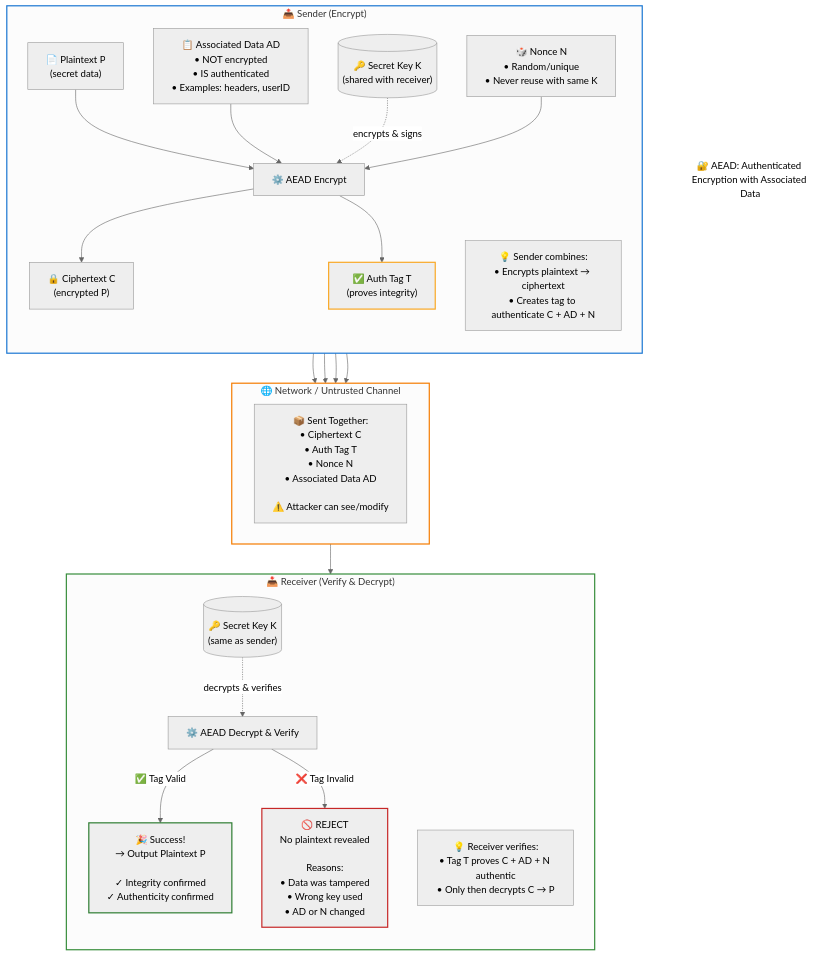
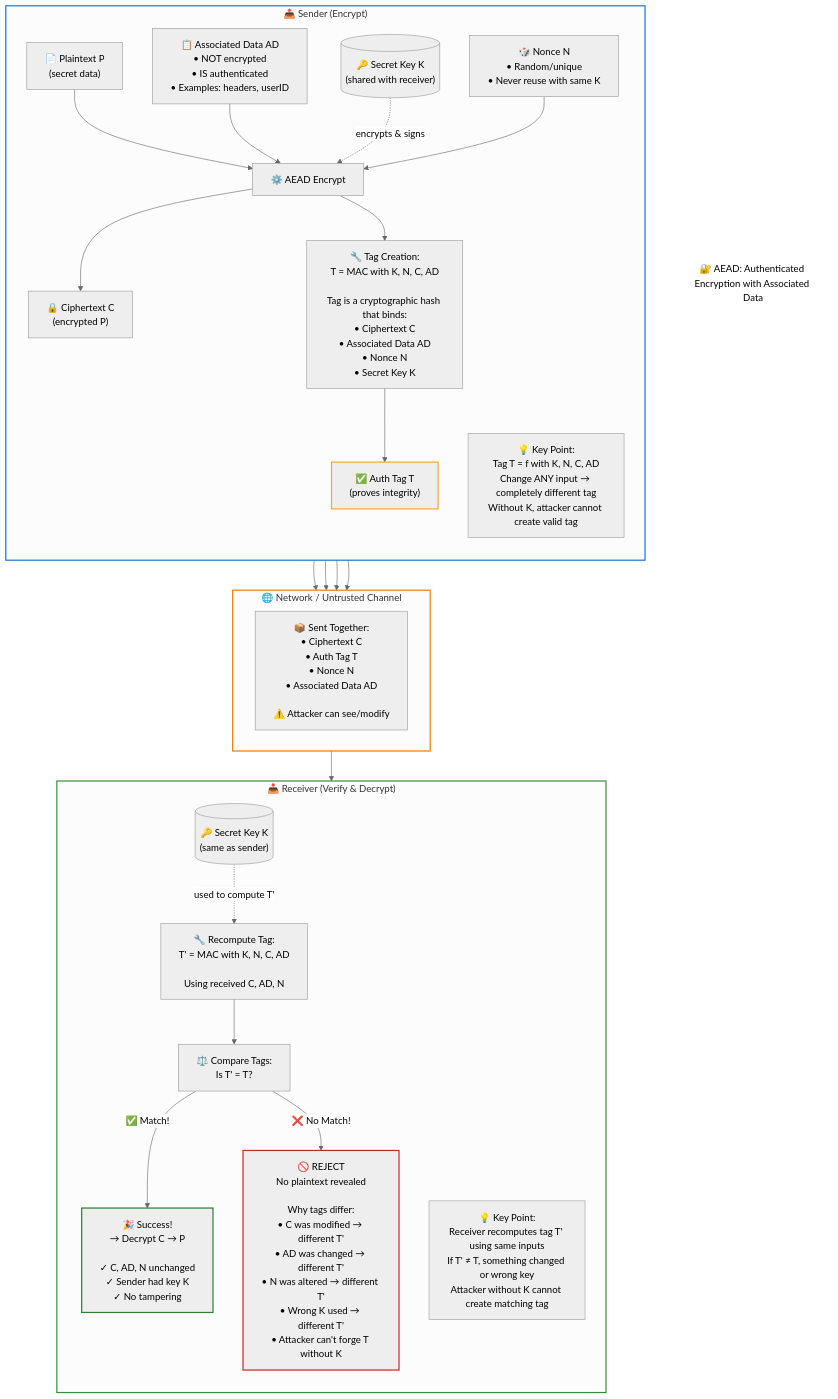
Before and after one commit to irahulsawhney/crypto-concepts: the diagram in diagrams/03-aead.mmd, drawn with Mermaid (neutral theme). The commit also changed 1 other file, not shown here.

Commit message:
Clarify tag creation and verification process in AEAD diagrams

```diff
--- a/diagrams/03-aead.mmd
+++ b/diagrams/03-aead.mmd
@@ -1,81 +1,85 @@
 %% AEAD (Authenticated Encryption with Associated Data) — Mermaid Cheat Sheet
 %% Save as .mmd and preview with any Mermaid renderer.
 
 %% ------------ FLOW OVERVIEW ------------
 flowchart TB
   Title["🔐 AEAD: Authenticated Encryption with Associated Data"]
   
   subgraph Sender["📤 Sender (Encrypt)"]
     direction TB
     P["📄 Plaintext P<br/>(secret data)"]
     AD["📋 Associated Data AD<br/>• NOT encrypted<br/>• IS authenticated<br/>• Examples: headers, userID"]
     K[("🔑 Secret Key K<br/>(shared with receiver)")]
     N["🎲 Nonce N<br/>• Random/unique<br/>• Never reuse with same K"]
     
     P --> E
     AD --> E
     K -.->|encrypts & signs| E
     N --> E
     
     E["⚙️ AEAD Encrypt"]
     
     E --> C["🔒 Ciphertext C<br/>(encrypted P)"]
-    E --> T["✅ Auth Tag T<br/>(proves integrity)"]
+    E --> TagCreate["🔧 Tag Creation:<br/>T = MAC with K, N, C, AD<br/><br/>Tag is a cryptographic hash that binds:<br/>• Ciphertext C<br/>• Associated Data AD<br/>• Nonce N<br/>• Secret Key K"]
+    TagCreate --> T["✅ Auth Tag T<br/>(proves integrity)"]
     
-    SNote["💡 Sender combines:<br/>• Encrypts plaintext → ciphertext<br/>• Creates tag to authenticate C + AD + N"]
+    SNote["💡 Key Point:<br/>Tag T = f with K, N, C, AD<br/>Change ANY input → completely different tag<br/>Without K, attacker cannot create valid tag"]
   end
 
   C --> Channel
   T --> Channel
   N --> Channel
   AD --> Channel
   
   subgraph Channel["🌐 Network / Untrusted Channel"]
     Bundle["📦 Sent Together:<br/>• Ciphertext C<br/>• Auth Tag T<br/>• Nonce N<br/>• Associated Data AD<br/><br/>⚠️ Attacker can see/modify"]
   end
 
   Channel --> Receiver
   
   subgraph Receiver["📥 Receiver (Verify & Decrypt)"]
     direction TB
     KR[("🔑 Secret Key K<br/>(same as sender)")]
     
-    Vr["⚙️ AEAD Decrypt & Verify"]
+    RecompTag["🔧 Recompute Tag:<br/>T' = MAC with K, N, C, AD<br/><br/>Using received C, AD, N"]
     
-    KR -.->|decrypts & verifies| Vr
+    Compare["⚖️ Compare Tags:<br/>Is T' = T?"]
     
-    Vr -->|✅ Tag Valid| Valid["🎉 Success!<br/>→ Output Plaintext P<br/><br/>✓ Integrity confirmed<br/>✓ Authenticity confirmed"]
-    Vr -->|❌ Tag Invalid| Invalid["🚫 REJECT<br/>No plaintext revealed<br/><br/>Reasons:<br/>• Data was tampered<br/>• Wrong key used<br/>• AD or N changed"]
+    KR -.->|used to compute T'| RecompTag
+    RecompTag --> Compare
     
-    RNote["💡 Receiver verifies:<br/>• Tag T proves C + AD + N authentic<br/>• Only then decrypts C → P"]
+    Compare -->|✅ Match!| Valid["🎉 Success!<br/>→ Decrypt C → P<br/><br/>✓ C, AD, N unchanged<br/>✓ Sender had key K<br/>✓ No tampering"]
+    Compare -->|❌ No Match!| Invalid["🚫 REJECT<br/>No plaintext revealed<br/><br/>Why tags differ:<br/>• C was modified → different T'<br/>• AD was changed → different T'<br/>• N was altered → different T'<br/>• Wrong K used → different T'<br/>• Attacker can't forge T without K"]
+    
+    RNote["💡 Key Point:<br/>Receiver recomputes tag T' using same inputs<br/>If T' ≠ T, something changed or wrong key<br/>Attacker without K cannot create matching tag"]
   end
 
   %% Styling
   style Sender stroke:#1976d2,stroke-width:2px
   style Channel stroke:#f57c00,stroke-width:2px
   style Receiver stroke:#388e3c,stroke-width:2px
   style Title fill:none,stroke:none,font-size:16px
   style Valid stroke:#2e7d32,stroke-width:2px
   style Invalid stroke:#c62828,stroke-width:2px
   style T stroke:#f9a825,stroke-width:2px
   style SNote stroke:#9e9e9e,stroke-width:1px
   style RNote stroke:#9e9e9e,stroke-width:1px
 
   %% Notes
   %% - Confidentiality: P is hidden inside C.
   %% - Integrity & Authenticity: T binds (C, AD, N) to K; tampering causes verify failure.
   %% - AD is authenticated but not encrypted (visible headers/metadata).
   %% - N must NEVER repeat with the same K. Reuse can break security catastrophically.
 
   %% AT-A-GLANCE
   %% • AEAD = Authenticated Encryption with Associated Data
   %% • Protects two things at once:
   %%     1) Confidentiality (encrypts P into C)
   %%     2) Integrity/Authenticity (T proves C+AD+N come from someone with K)
   %% • Associated Data (AD):
   %%     - Not encrypted (visible), but authenticated (tamper-evident)
   %%     - Examples: headers, user/account IDs, API version, timestamps
   %% • Nonce/IV (N):
   %%     - Unique per (K) to prevent reuse attacks
   %% • Typical algorithms:
   %%     - AES-GCM, ChaCha20-Poly1305
```
